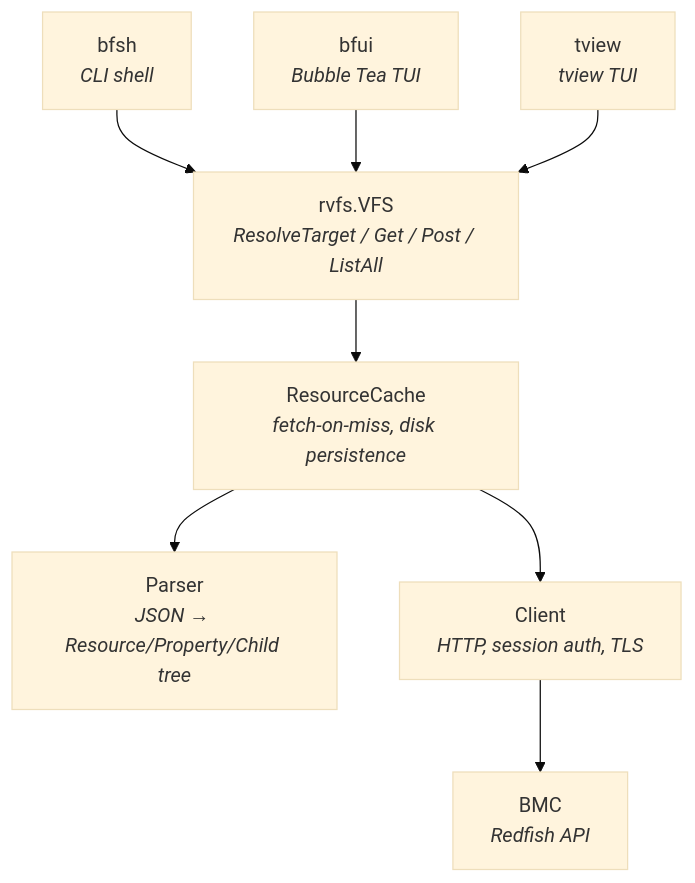
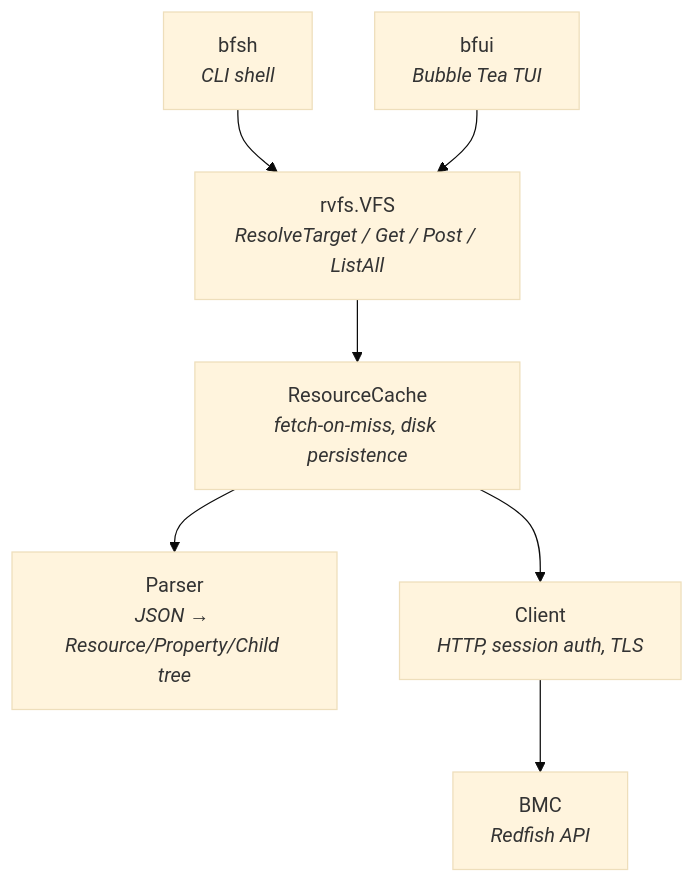
The first of 3 diagrams in README.md (bluefish-project/bluefish), drawn with Mermaid (base theme) before and after one commit. The commit also changed other lines of this file and 4 other files, not shown here.

Commit message:
Remove tview TUI frontend

````diff
--- a/README.md
+++ b/README.md
@@ -36,20 +34,18 @@
 ```mermaid
 graph TD
     bfsh["bfsh<br/><i>CLI shell</i>"]
     bfui["bfui<br/><i>Bubble Tea TUI</i>"]
-    tview["tview<br/><i>tview TUI</i>"]
 
     vfs["rvfs.VFS<br/><i>ResolveTarget / Get / Post / ListAll</i>"]
     cache["ResourceCache<br/><i>fetch-on-miss, disk persistence</i>"]
     parser["Parser<br/><i>JSON → Resource/Property/Child tree</i>"]
     client["Client<br/><i>HTTP, session auth, TLS</i>"]
     bmc["BMC<br/><i>Redfish API</i>"]
 
     bfsh --> vfs
     bfui --> vfs
-    tview --> vfs
     vfs --> cache
     cache --> parser
     cache --> client
     client --> bmc
 ```
````
